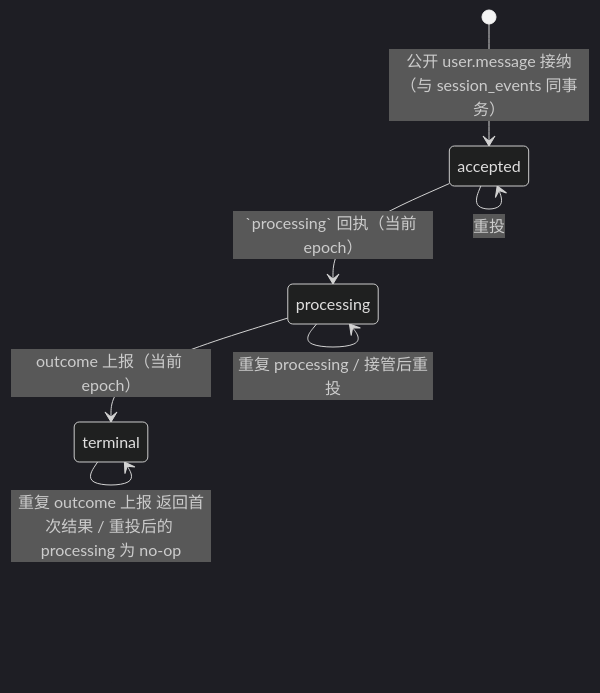
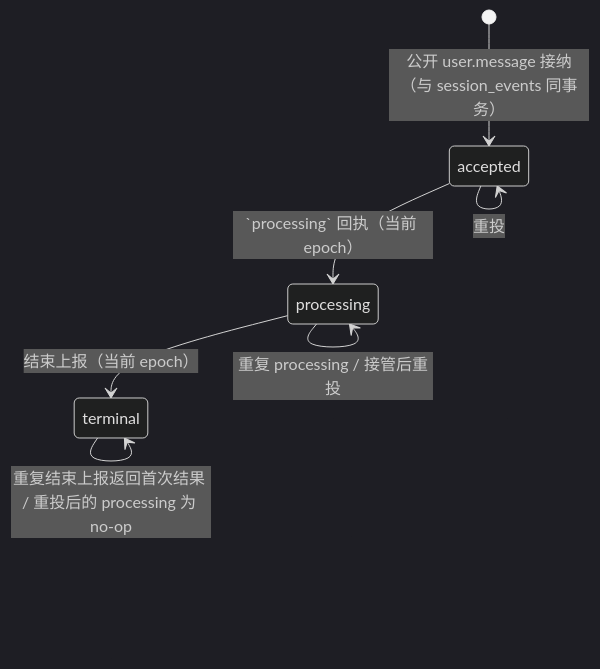
The second of 3 diagrams in docs/design/be/dsrv1/protocol.md (superduck-ai/open-managed-agents), drawn with Mermaid (dark theme) before and after one commit. The commit also changed other lines of this file and 1 other file, not shown here.

First line of the commit message:
docs(dsr): rename the input outcome endpoint to finish

````diff
--- a/docs/design/be/dsrv1/protocol.md
+++ b/docs/design/be/dsrv1/protocol.md
@@ -539,9 +539,9 @@
 ```mermaid
 stateDiagram-v2
     [*] --> accepted: 公开 user.message 接纳（与 session_events 同事务）
     accepted --> processing: `processing` 回执（当前 epoch）
-    processing --> terminal: outcome 上报（当前 epoch）
+    processing --> terminal: 结束上报（当前 epoch）
     accepted --> accepted: 重投
     processing --> processing: 重复 processing / 接管后重投
-    terminal --> terminal: 重复 outcome 上报 返回首次结果 / 重投后的 processing 为 no-op
+    terminal --> terminal: 重复结束上报返回首次结果 / 重投后的 processing 为 no-op
 ```
````
